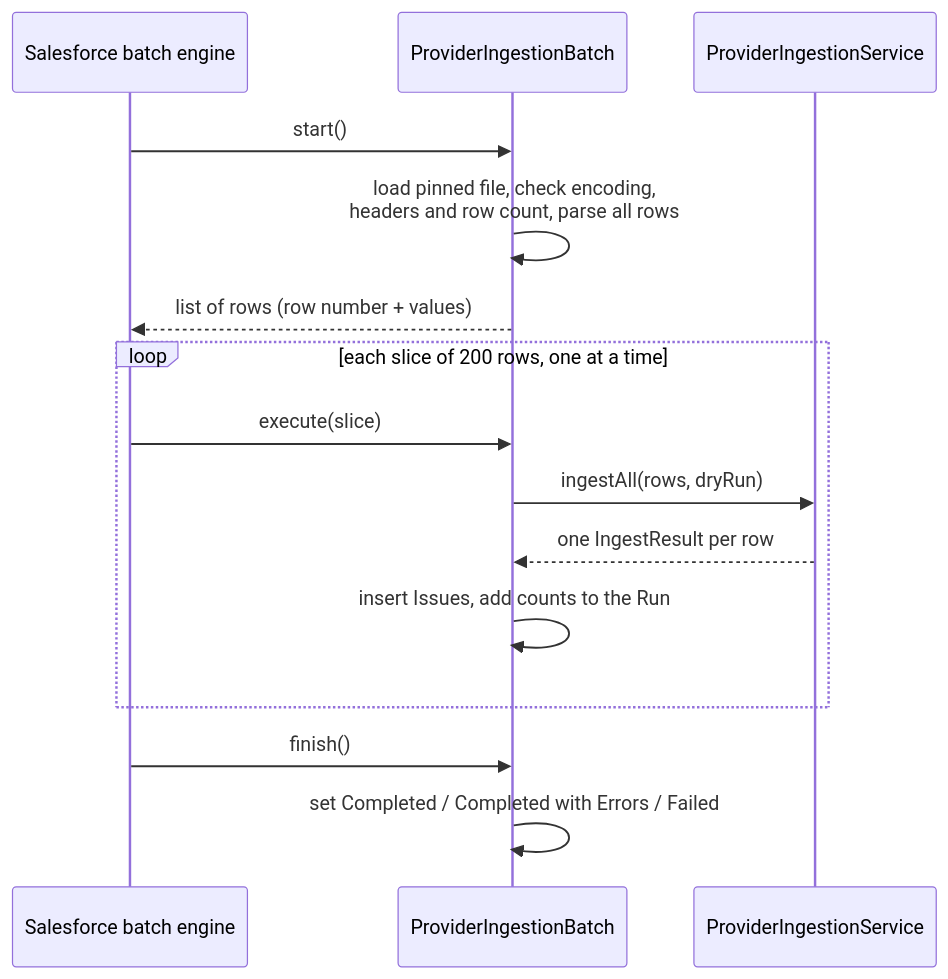
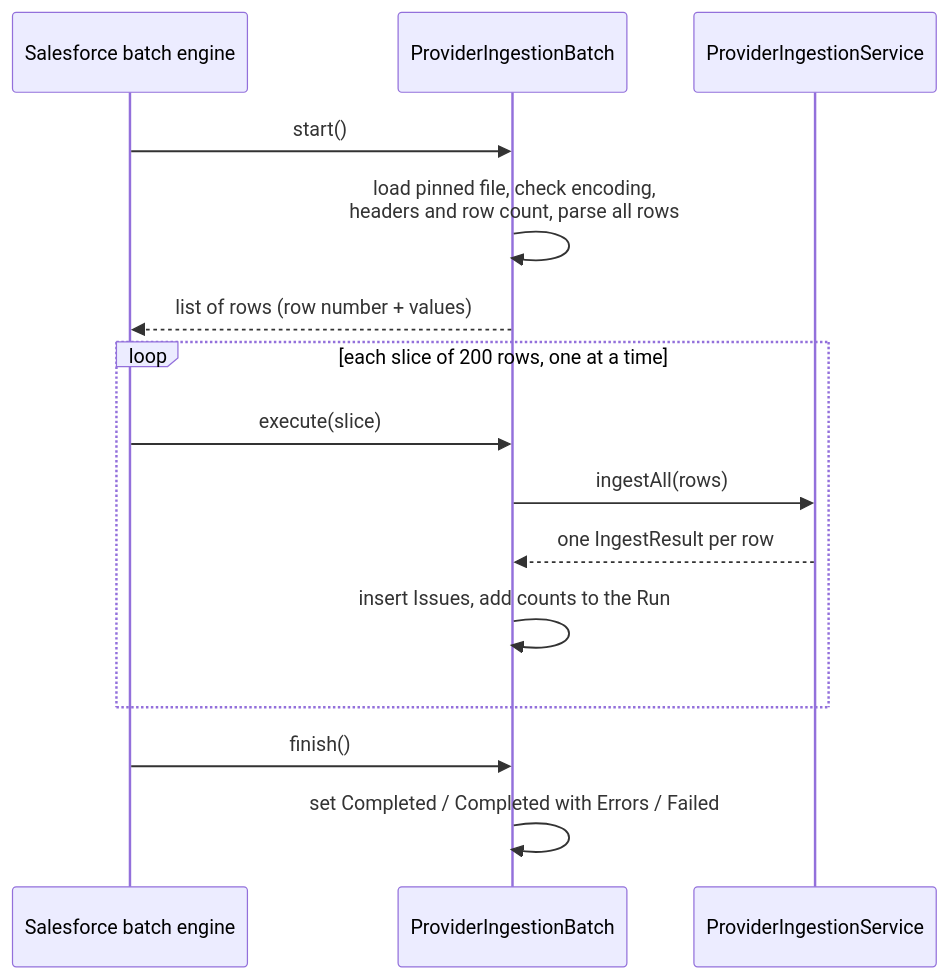
One commit to iwaisman/innovage changed the second of 3 diagrams in docs/architecture/provider-bulk-ingestion.md. Above: the diagram before and after it, drawn with Mermaid. The commit also changed other lines of this file and 26 other files, not shown here.

Commit message:
Removed Dry-run feature

````diff
--- a/docs/architecture/provider-bulk-ingestion.md
+++ b/docs/architecture/provider-bulk-ingestion.md
@@ -128,18 +124,18 @@
 ```mermaid
 sequenceDiagram
     participant SF as Salesforce batch engine
     participant B as ProviderIngestionBatch
     participant S as ProviderIngestionService
 
     SF->>B: start()
     B->>B: load pinned file, check encoding,<br/>headers and row count, parse all rows
     B-->>SF: list of rows (row number + values)
     loop each slice of 200 rows, one at a time
         SF->>B: execute(slice)
-        B->>S: ingestAll(rows, dryRun)
+        B->>S: ingestAll(rows)
         S-->>B: one IngestResult per row
         B->>B: insert Issues, add counts to the Run
     end
     SF->>B: finish()
     B->>B: set Completed / Completed with Errors / Failed
 ```
````
